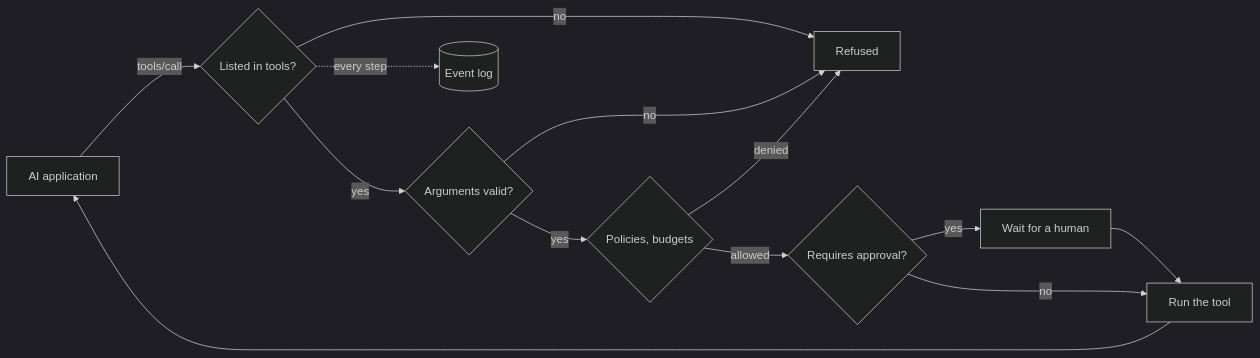
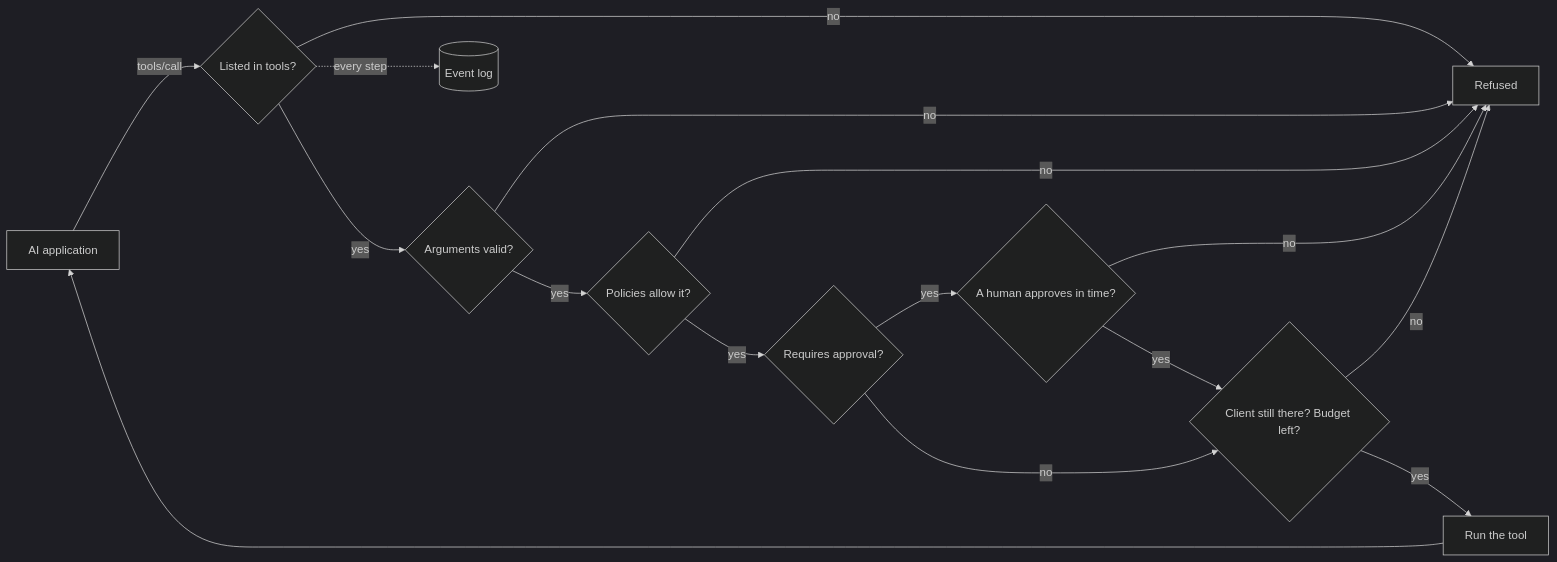
The third of 3 diagrams in docs/guide/mcp.md (nicolashedoire/sdk-ai-agents), drawn with Mermaid (dark theme) before and after one commit. The commit also changed other lines of this file and 9 other files, not shown here.

````diff
--- a/docs/guide/mcp.md
+++ b/docs/guide/mcp.md
@@ -99,14 +99,18 @@
 ```mermaid
 flowchart LR
   H[AI application] -- tools/call --> A{Listed in tools?}
   A -- no --> X[Refused]
   A -- yes --> V{Arguments valid?}
   V -- no --> X
-  V -- yes --> P{Policies, budgets}
-  P -- denied --> X
-  P -- allowed --> R{Requires approval?}
-  R -- yes --> W[Wait for a human] --> T
-  R -- no --> T[Run the tool]
+  V -- yes --> P{Policies allow it?}
+  P -- no --> X
+  P -- yes --> R{Requires approval?}
+  R -- yes --> W{A human approves in time?}
+  W -- no --> X
+  W -- yes --> C
+  R -- no --> C{Client still there? Budget left?}
+  C -- no --> X
+  C -- yes --> T[Run the tool]
   T --> H
   A -. every step .-> E[(Event log)]
 ```
````
